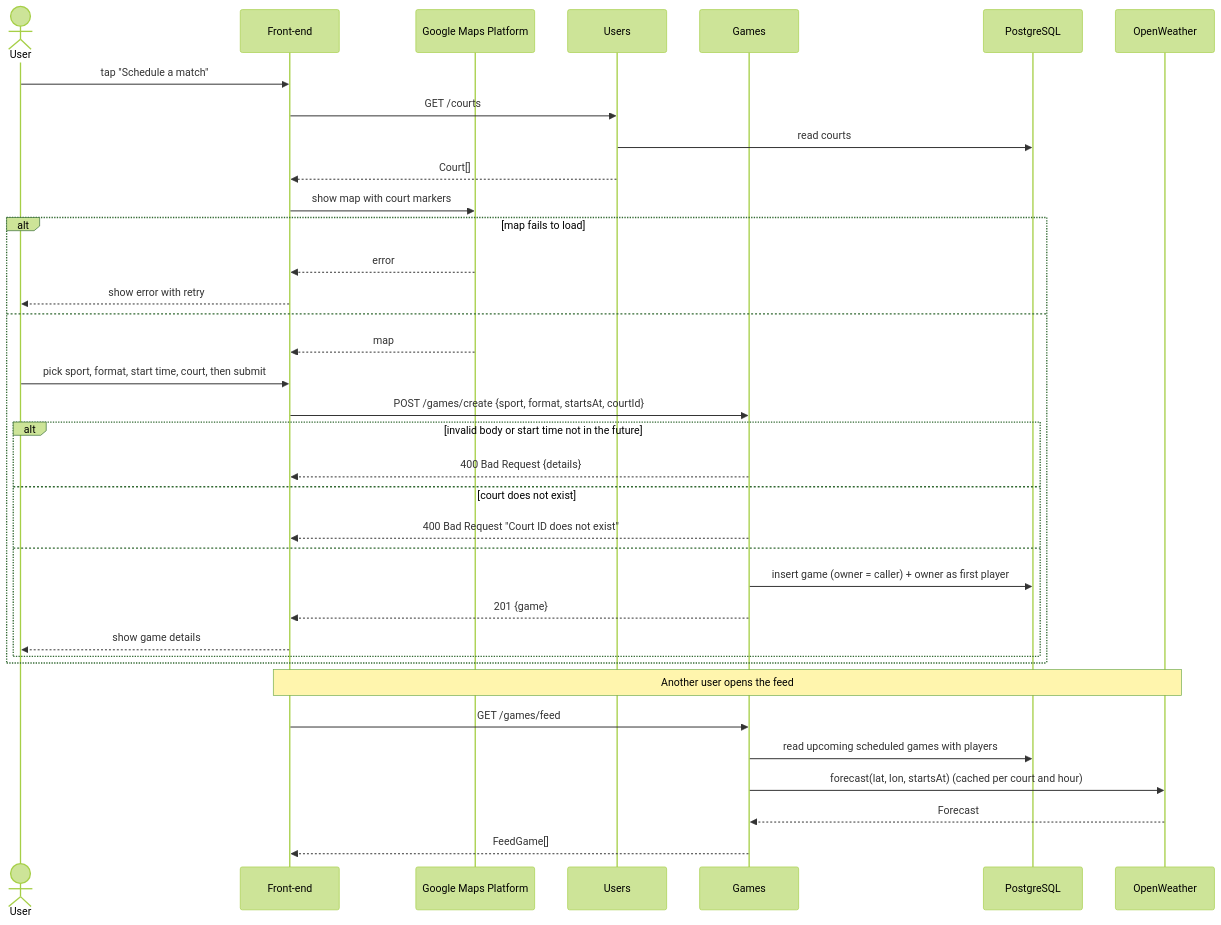
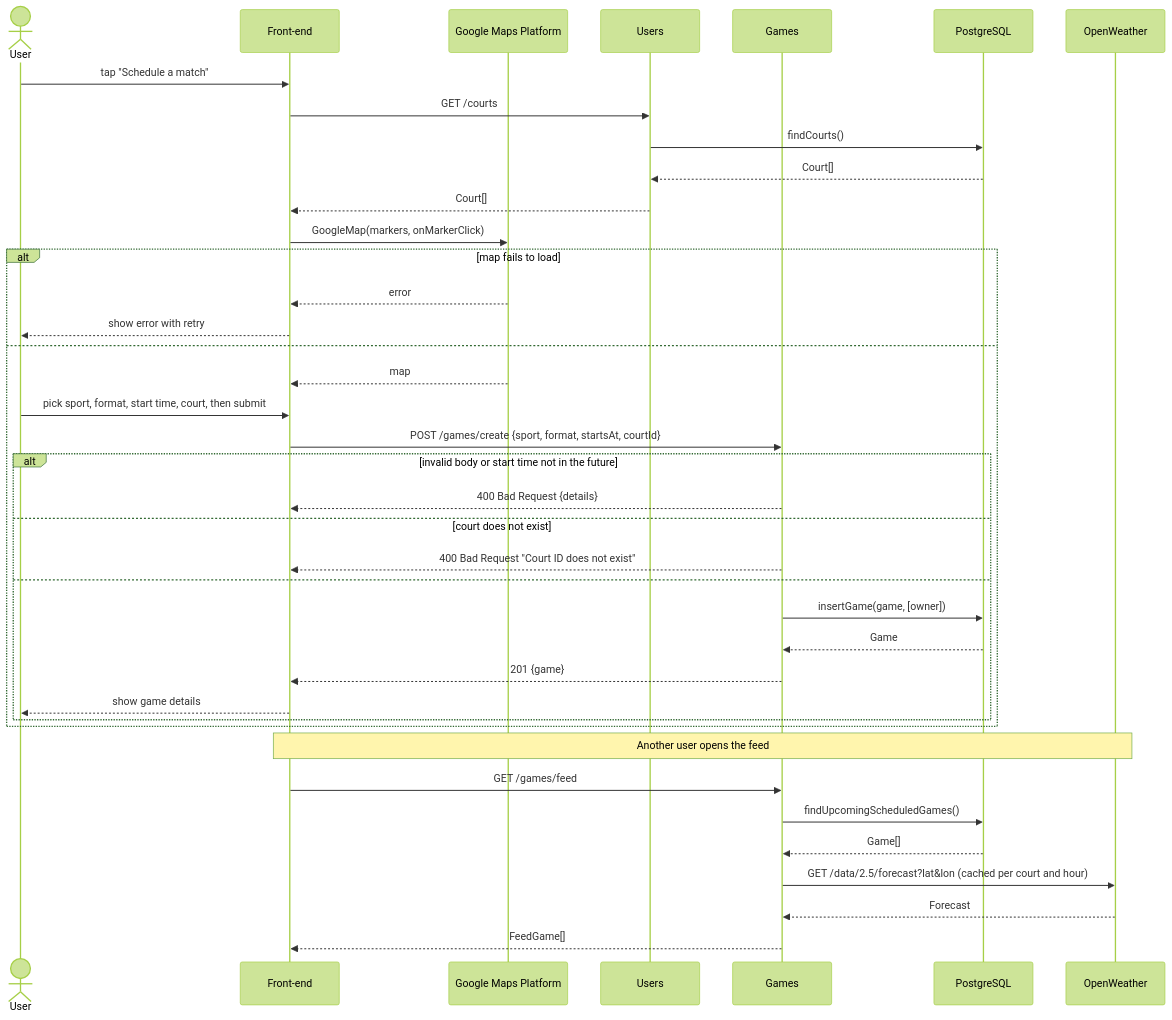
One commit to donut-cpen321/donut changed the sixth of 7 diagrams in documentation/Requirements_and_Design.md. Above: the diagram before and after it, drawn with Mermaid (forest theme). The commit also changed other lines of this file, not shown here.

````diff
--- a/documentation/Requirements_and_Design.md
+++ b/documentation/Requirements_and_Design.md
@@ -686,40 +713,43 @@
 ```mermaid
 sequenceDiagram
     actor User
     participant FE as Front-end
     participant Maps as Google Maps Platform
     participant U as Users
     participant G as Games
     participant DB as PostgreSQL
     participant W as OpenWeather
 
     User->>FE: tap "Schedule a match"
     FE->>U: GET /courts
-    U->>DB: read courts
+    U->>DB: findCourts()
+    DB-->>U: Court[]
     U-->>FE: Court[]
-    FE->>Maps: show map with court markers
+    FE->>Maps: GoogleMap(markers, onMarkerClick)
     alt map fails to load
         Maps-->>FE: error
         FE-->>User: show error with retry
     else
         Maps-->>FE: map
         User->>FE: pick sport, format, start time, court, then submit
         FE->>G: POST /games/create {sport, format, startsAt, courtId}
         alt invalid body or start time not in the future
             G-->>FE: 400 Bad Request {details}
         else court does not exist
             G-->>FE: 400 Bad Request "Court ID does not exist"
         else
-            G->>DB: insert game (owner = caller) + owner as first player
+            G->>DB: insertGame(game, [owner])
+            DB-->>G: Game
             G-->>FE: 201 {game}
             FE-->>User: show game details
         end
     end
 
     Note over FE,W: Another user opens the feed
     FE->>G: GET /games/feed
-    G->>DB: read upcoming scheduled games with players
-    G->>W: forecast(lat, lon, startsAt) (cached per court and hour)
+    G->>DB: findUpcomingScheduledGames()
+    DB-->>G: Game[]
+    G->>W: GET /data/2.5/forecast?lat&lon (cached per court and hour)
     W-->>G: Forecast
     G-->>FE: FeedGame[]
 ```
````
